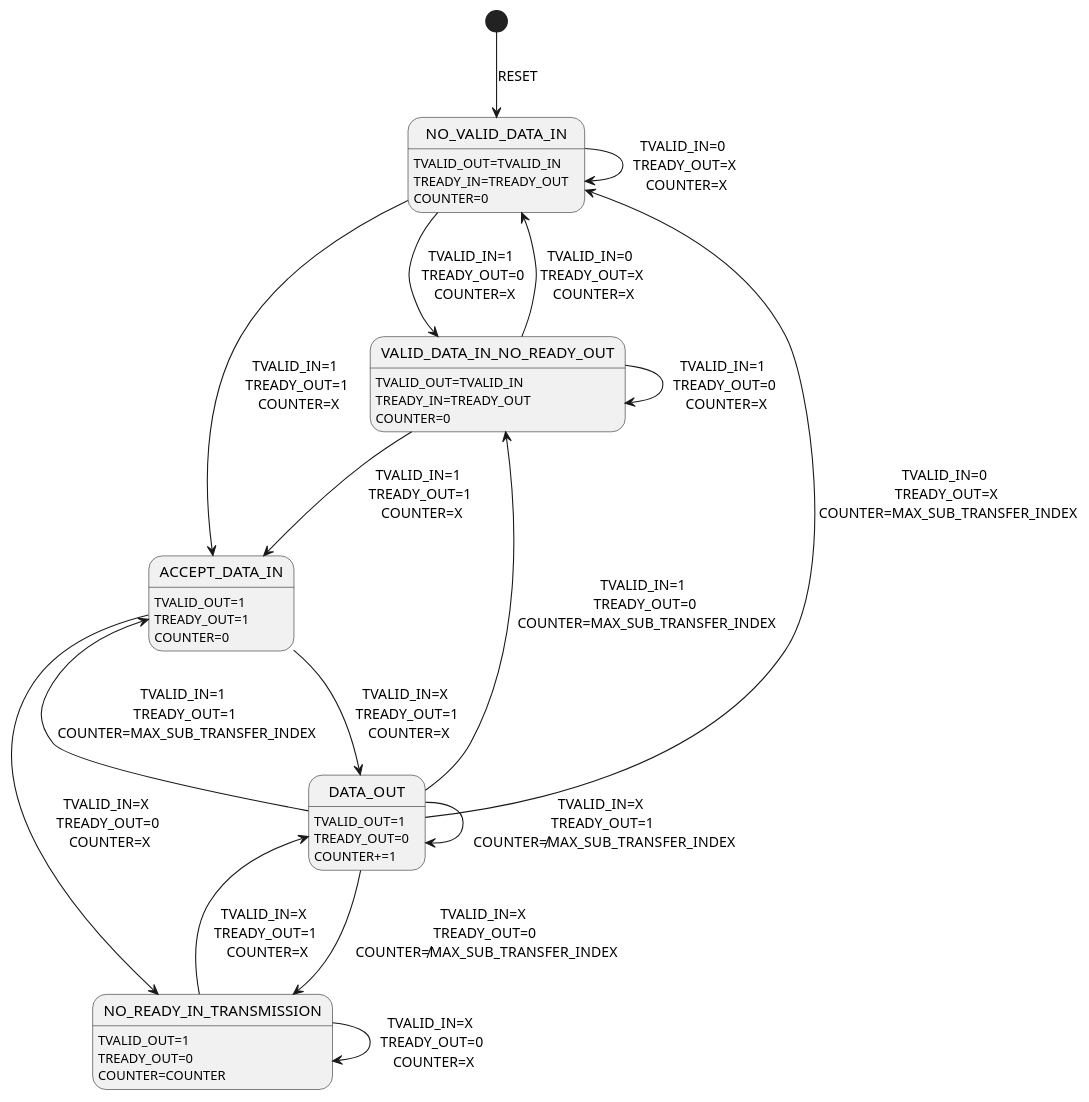
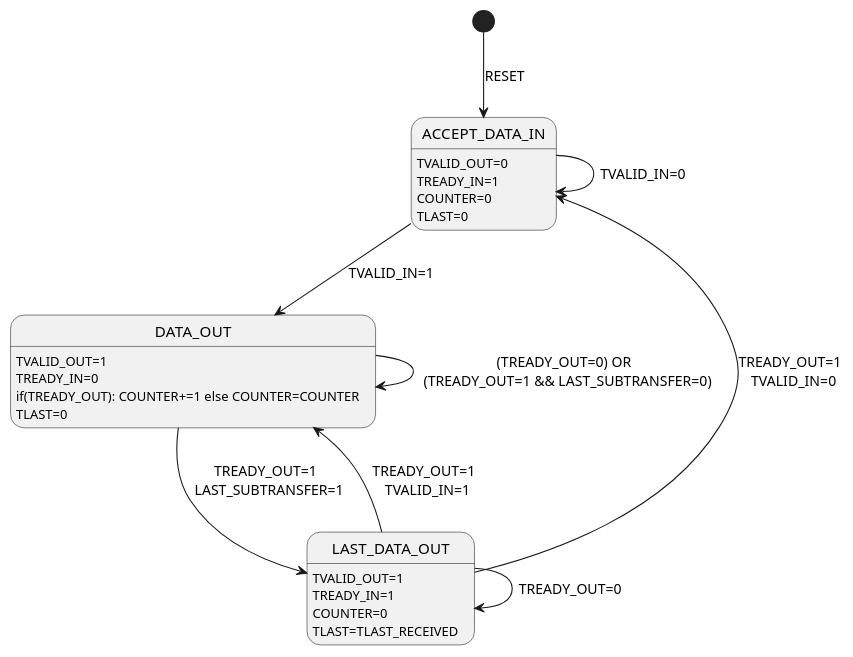
The diagram in docs/axi_stream_dw_downsizer.plantuml (pulp-platform/axi_stream), drawn with PlantUML before and after one commit. The commit also changed 4 other files, not shown here.

```diff
--- a/docs/axi_stream_dw_downsizer.plantuml
+++ b/docs/axi_stream_dw_downsizer.plantuml
@@ -1,48 +1,32 @@
 @startuml
-[*] --> NO_VALID_DATA_IN : RESET
+[*] --> ACCEPT_DATA_IN : RESET
 
-NO_VALID_DATA_IN : TVALID_OUT=TVALID_IN
-NO_VALID_DATA_IN : TREADY_IN=TREADY_OUT
-NO_VALID_DATA_IN : COUNTER=0
+ACCEPT_DATA_IN : TVALID_OUT=0
+ACCEPT_DATA_IN : TREADY_IN=1
+ACCEPT_DATA_IN : COUNTER=0
+ACCEPT_DATA_IN : TLAST=0
 '----------------------------------------------
-NO_VALID_DATA_IN --> NO_VALID_DATA_IN :           TVALID_IN=0 \n TREADY_OUT=X \n COUNTER=X
-NO_VALID_DATA_IN --> VALID_DATA_IN_NO_READY_OUT : TVALID_IN=1 \n TREADY_OUT=0 \n COUNTER=X
-NO_VALID_DATA_IN --> ACCEPT_DATA_IN :             TVALID_IN=1 \n TREADY_OUT=1 \n COUNTER=X
-
-
-VALID_DATA_IN_NO_READY_OUT : TVALID_OUT=TVALID_IN
-VALID_DATA_IN_NO_READY_OUT : TREADY_IN=TREADY_OUT
-VALID_DATA_IN_NO_READY_OUT : COUNTER=0
-'----------------------------------------------
-VALID_DATA_IN_NO_READY_OUT --> VALID_DATA_IN_NO_READY_OUT : TVALID_IN=1 \n TREADY_OUT=0 \n COUNTER=X
-VALID_DATA_IN_NO_READY_OUT --> ACCEPT_DATA_IN :             TVALID_IN=1 \n TREADY_OUT=1 \n COUNTER=X
-VALID_DATA_IN_NO_READY_OUT --> NO_VALID_DATA_IN :           TVALID_IN=0 \n TREADY_OUT=X \n COUNTER=X
-
-
-ACCEPT_DATA_IN : TVALID_OUT=1
-ACCEPT_DATA_IN : TREADY_OUT=1
-ACCEPT_DATA_IN : COUNTER=0
-'---------------------------------------------
-ACCEPT_DATA_IN --> DATA_OUT :                   TVALID_IN=X \n TREADY_OUT=1 \n COUNTER=X
-ACCEPT_DATA_IN --> NO_READY_IN_TRANSMISSION :   TVALID_IN=X \n TREADY_OUT=0 \n COUNTER=X
-
-
-NO_READY_IN_TRANSMISSION : TVALID_OUT=1
-NO_READY_IN_TRANSMISSION : TREADY_OUT=0
-NO_READY_IN_TRANSMISSION : COUNTER=COUNTER
-'---------------------------------------------
-NO_READY_IN_TRANSMISSION --> NO_READY_IN_TRANSMISSION : TVALID_IN=X \n TREADY_OUT=0 \n COUNTER=X
-NO_READY_IN_TRANSMISSION --> DATA_OUT :                 TVALID_IN=X \n TREADY_OUT=1 \n COUNTER=X
+ACCEPT_DATA_IN --> ACCEPT_DATA_IN : TVALID_IN=0
+ACCEPT_DATA_IN --> DATA_OUT       : TVALID_IN=1
 
 
 DATA_OUT : TVALID_OUT=1
-DATA_OUT : TREADY_OUT=0
-DATA_OUT : COUNTER+=1
+DATA_OUT : TREADY_IN=0
+DATA_OUT : if(TREADY_OUT): COUNTER+=1 else COUNTER=COUNTER
+DATA_OUT : TLAST=0
 '---------------------------------------------
-DATA_OUT --> DATA_OUT :                   TVALID_IN=X \n TREADY_OUT=1 \n COUNTER≠MAX_SUB_TRANSFER_INDEX
-DATA_OUT --> NO_READY_IN_TRANSMISSION :   TVALID_IN=X \n TREADY_OUT=0 \n COUNTER≠MAX_SUB_TRANSFER_INDEX
-DATA_OUT --> ACCEPT_DATA_IN :             TVALID_IN=1 \n TREADY_OUT=1 \n COUNTER=MAX_SUB_TRANSFER_INDEX
-DATA_OUT --> VALID_DATA_IN_NO_READY_OUT : TVALID_IN=1 \n TREADY_OUT=0 \n COUNTER=MAX_SUB_TRANSFER_INDEX
-DATA_OUT --> NO_VALID_DATA_IN :           TVALID_IN=0 \n TREADY_OUT=X \n COUNTER=MAX_SUB_TRANSFER_INDEX
+DATA_OUT --> DATA_OUT      : (TREADY_OUT=0) OR \n (TREADY_OUT=1 && LAST_SUBTRANSFER=0)
+DATA_OUT --> LAST_DATA_OUT : TREADY_OUT=1 \n LAST_SUBTRANSFER=1
+
+
+
+LAST_DATA_OUT : TVALID_OUT=1
+LAST_DATA_OUT : TREADY_IN=1
+LAST_DATA_OUT : COUNTER=0
+LAST_DATA_OUT : TLAST=TLAST_RECEIVED
+'---------------------------------------------
+LAST_DATA_OUT --> LAST_DATA_OUT  : TREADY_OUT=0
+LAST_DATA_OUT --> ACCEPT_DATA_IN : TREADY_OUT=1 \n TVALID_IN=0
+LAST_DATA_OUT --> DATA_OUT       : TREADY_OUT=1 \n TVALID_IN=1
 
 @enduml
```
